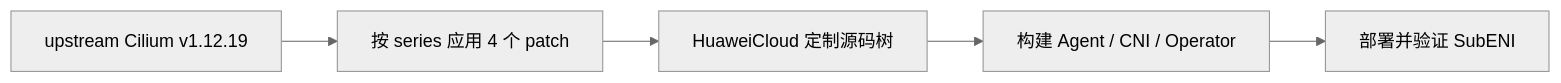
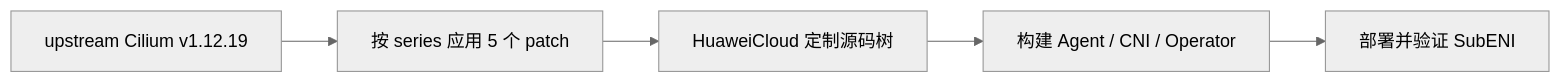
One commit to lchany/huawei-cilium-plug changed the diagram in README.md. Above: the diagram before and after it, drawn with Mermaid (neutral theme). The commit also changed other lines of this file and 3 other files, not shown here.

````diff
--- a/README.md
+++ b/README.md
@@ -55,10 +63,10 @@
 ```mermaid
 flowchart LR
     base["upstream Cilium v1.12.19"]
-    patches["按 series 应用 4 个 patch"]
+    patches["按 series 应用 5 个 patch"]
     source["HuaweiCloud 定制源码树"]
     build["构建 Agent / CNI / Operator"]
     deploy["部署并验证 SubENI"]
 
     base --> patches --> source --> build --> deploy
 ```
````
